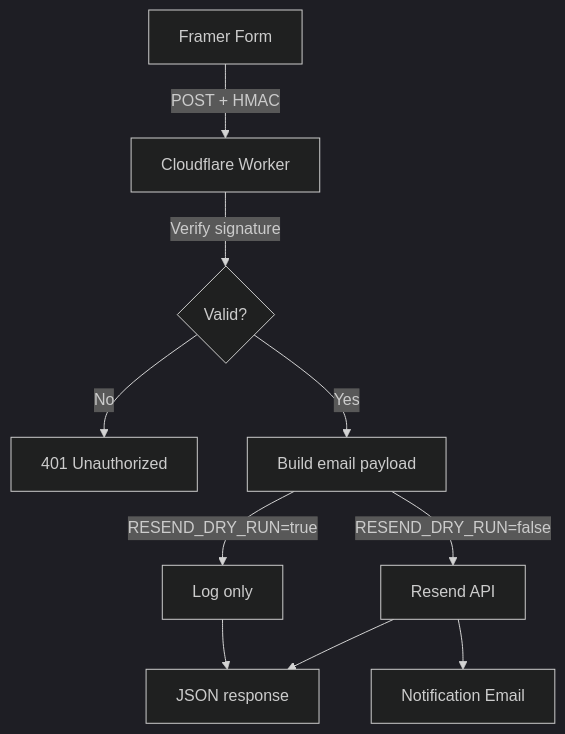
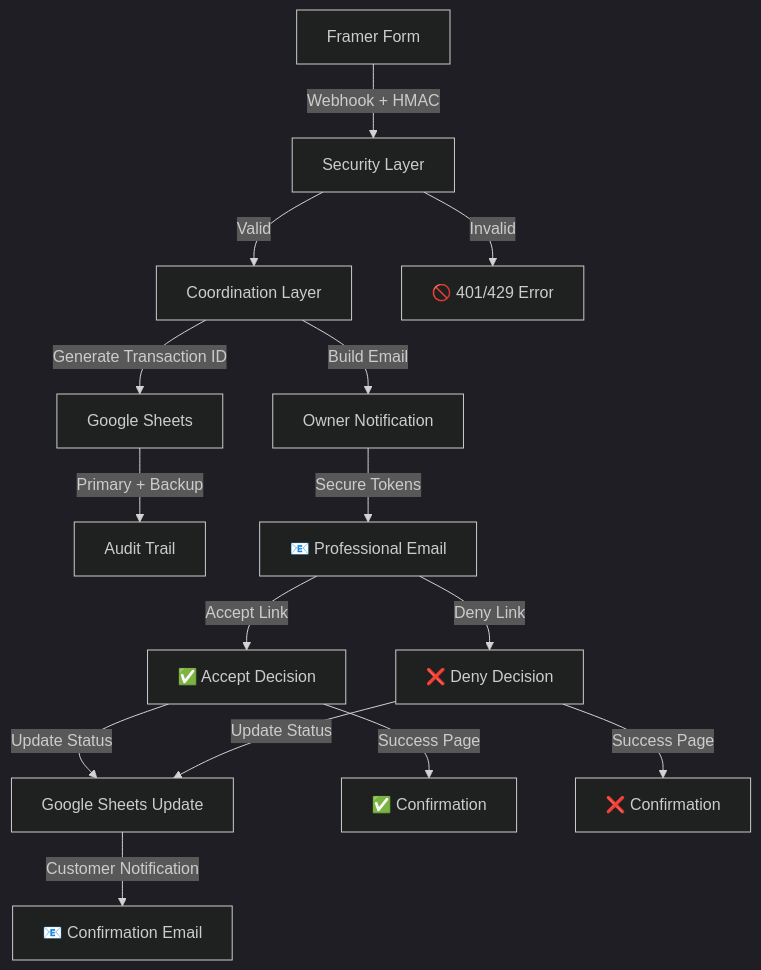
The diagram in README.md (ac-shuttle-dev/ac-shuttle-worker), drawn with Mermaid (dark theme) before and after one commit. The commit also changed other lines of this file and 4 other files, not shown here.

````diff
--- a/README.md
+++ b/README.md
@@ -5,12 +5,21 @@
 ```mermaid
 graph TD
-  A[Framer Form] -->|POST + HMAC| B[Cloudflare Worker]
-  B -->|Verify signature| C{Valid?}
-  C -- No --> D[401 Unauthorized]
-  C -- Yes --> E[Build email payload]
-  E -->|RESEND_DRY_RUN=true| F[Log only]
-  E -->|RESEND_DRY_RUN=false| G[Resend API]
-  G --> H[Notification Email]
-  F --> I[JSON response]
-  G --> I
+  A[Framer Form] -->|Webhook + HMAC| B[Security Layer]
+  B -->|Valid| C[Coordination Layer]
+  B -->|Invalid| D[🚫 401/429 Error]
+  
+  C -->|Generate Transaction ID| E[Google Sheets]
+  E -->|Primary + Backup| F[Audit Trail]
+  
+  C -->|Build Email| G[Owner Notification]
+  G -->|Secure Tokens| H[📧 Professional Email]
+  H -->|Accept Link| I[✅ Accept Decision]  
+  H -->|Deny Link| J[❌ Deny Decision]
+  
+  I -->|Update Status| K[Google Sheets Update]
+  J -->|Update Status| K
+  K -->|Customer Notification| L[📧 Confirmation Email]
+  
+  I -->|Success Page| M[✅ Confirmation]
+  J -->|Success Page| N[❌ Confirmation]
 ```
````
